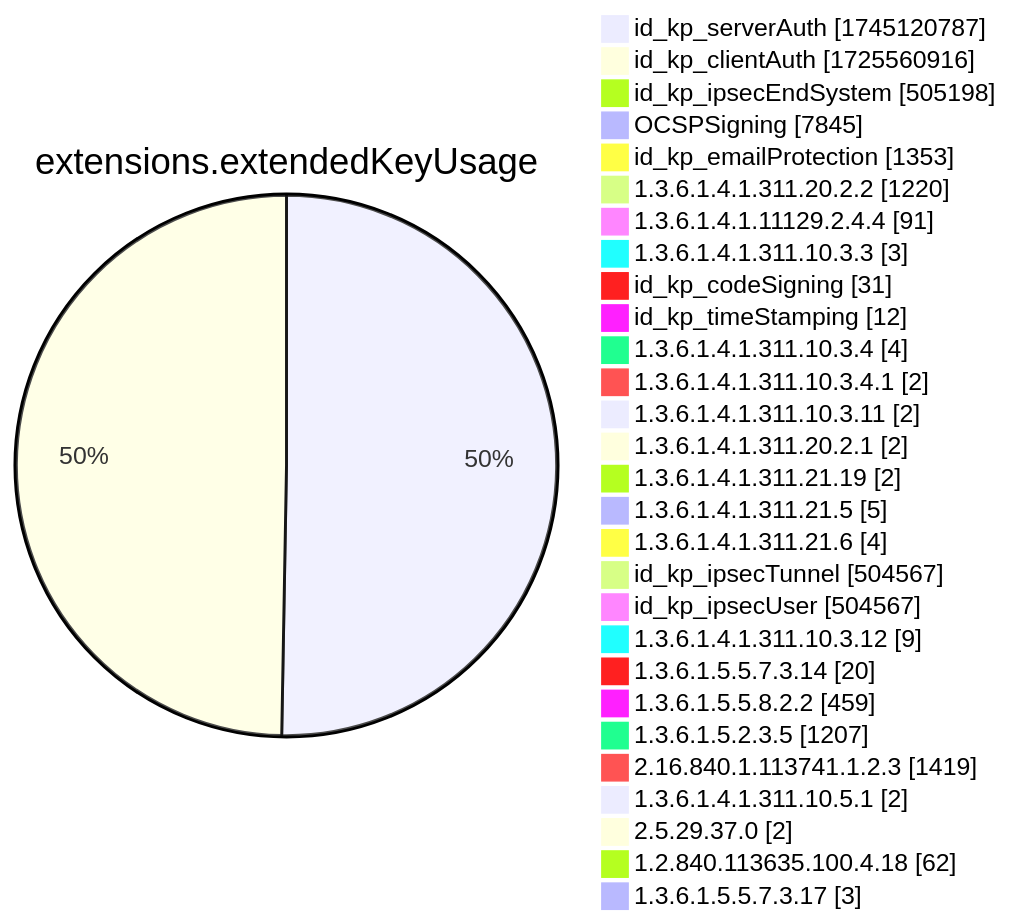
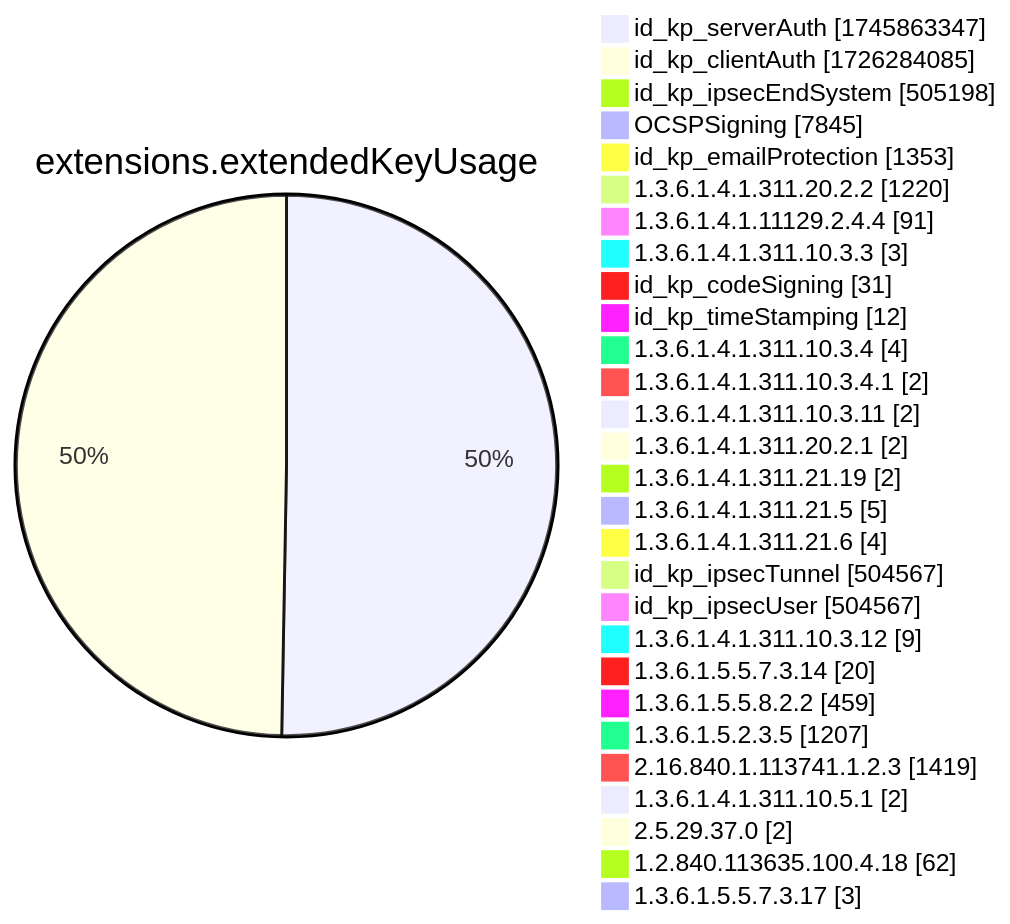
Diagram 12 of 15 in xenon2022/README.md (christiankrug/ctmonitor_visualization), drawn with Mermaid before and after one commit. The commit also changed other lines of this file, not shown here.

````diff
--- a/xenon2022/README.md
+++ b/xenon2022/README.md
@@ -3892,32 +3892,32 @@
 ```mermaid
 pie showData
 title extensions.extendedKeyUsage
-"id_kp_serverAuth" :1745120787
-"id_kp_clientAuth" :1725560916
+"id_kp_serverAuth" :1745863347
+"id_kp_clientAuth" :1726284085
 "id_kp_ipsecEndSystem" :505198
 "OCSPSigning" :7845
 "id_kp_emailProtection" :1353
 "1.3.6.1.4.1.311.20.2.2" :1220
 "1.3.6.1.4.1.11129.2.4.4" :91
 "1.3.6.1.4.1.311.10.3.3" :3
 "id_kp_codeSigning" :31
 "id_kp_timeStamping" :12
 "1.3.6.1.4.1.311.10.3.4" :4
 "1.3.6.1.4.1.311.10.3.4.1" :2
 "1.3.6.1.4.1.311.10.3.11" :2
 "1.3.6.1.4.1.311.20.2.1" :2
 "1.3.6.1.4.1.311.21.19" :2
 "1.3.6.1.4.1.311.21.5" :5
 "1.3.6.1.4.1.311.21.6" :4
 "id_kp_ipsecTunnel" :504567
 "id_kp_ipsecUser" :504567
 "1.3.6.1.4.1.311.10.3.12" :9
 "1.3.6.1.5.5.7.3.14" :20
 "1.3.6.1.5.5.8.2.2" :459
 "1.3.6.1.5.2.3.5" :1207
 "2.16.840.1.113741.1.2.3" :1419
 "1.3.6.1.4.1.311.10.5.1" :2
 "2.5.29.37.0" :2
 "1.2.840.113635.100.4.18" :62
 "1.3.6.1.5.5.7.3.17" :3
 ```
````
